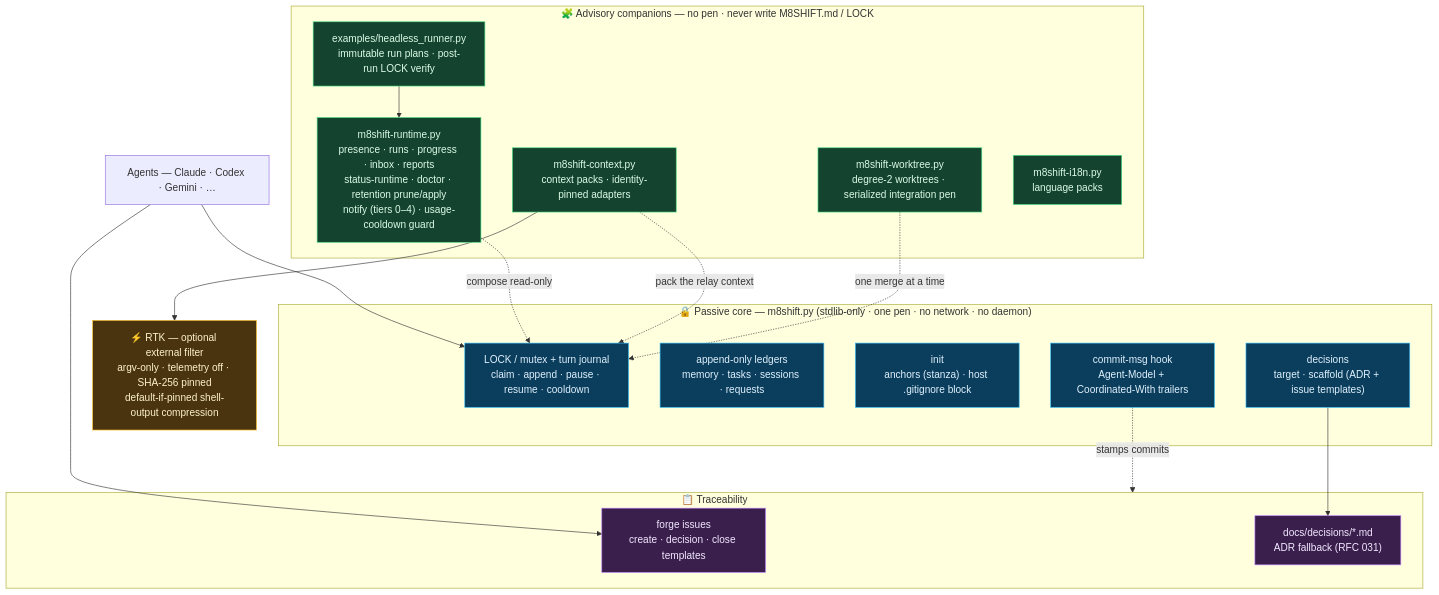
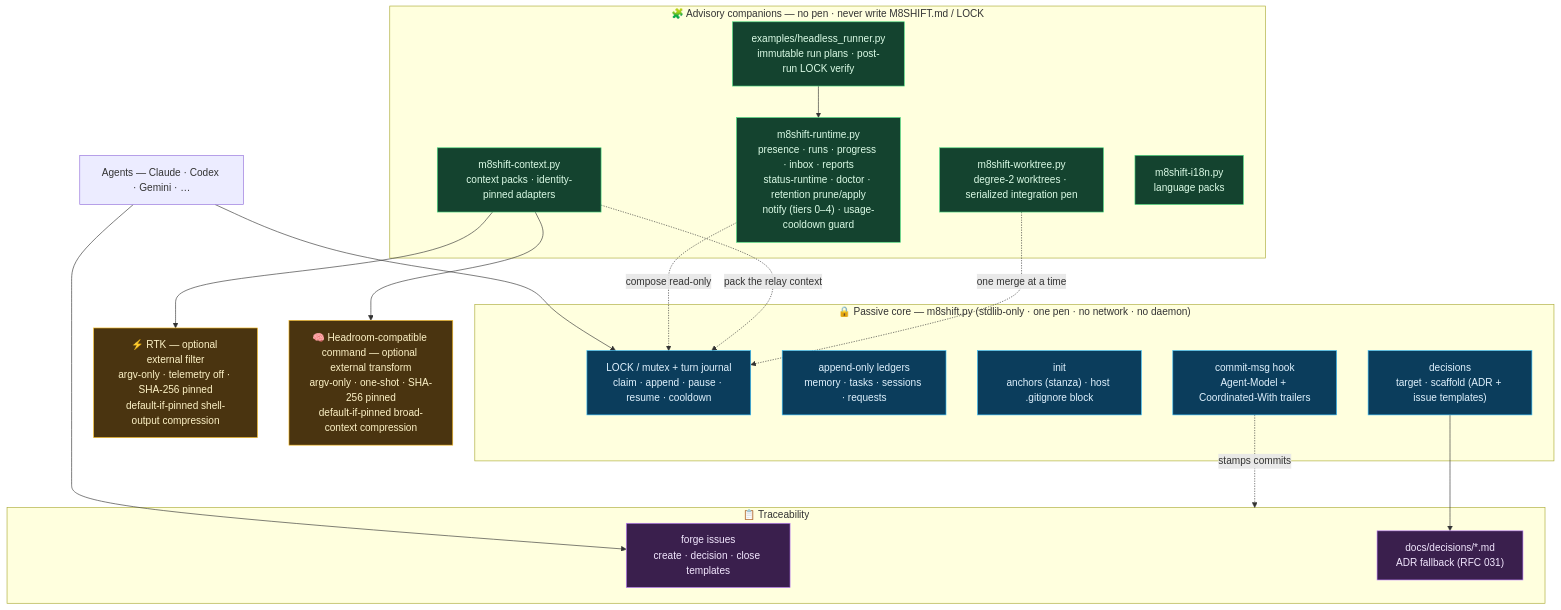
One commit to M8Shift/M8Shift changed the fifth of 6 diagrams in docs/en/architecture.md. Above: the diagram before and after it, drawn with Mermaid. The commit also changed other lines of this file and 18 other files, not shown here.

Commit message:
feat: add optional Headroom compression backend

````diff
--- a/docs/en/architecture.md
+++ b/docs/en/architecture.md
@@ -172,46 +172,48 @@
 ```mermaid
 flowchart TB
     classDef core fill:#0b3d5c,stroke:#38bdf8,color:#e0f2fe;
     classDef companion fill:#14432f,stroke:#4ade80,color:#dcfce7;
     classDef external fill:#4a3410,stroke:#fbbf24,color:#fef3c7;
     classDef forge fill:#3a1f4d,stroke:#c084fc,color:#f3e8ff;
 
     AG["Agents — Claude · Codex · Gemini · …"]
 
     subgraph CORE["🔒 Passive core — m8shift.py (stdlib-only · one pen · no network · no daemon)"]
         LOCK["LOCK / mutex + turn journal<br/>claim · append · pause · resume · cooldown"]
         LEDG["append-only ledgers<br/>memory · tasks · sessions · requests"]
         INIT["init<br/>anchors (stanza) · host .gitignore block"]
         DEC["decisions<br/>target · scaffold (ADR + issue templates)"]
         HOOK["commit-msg hook<br/>Agent-Model + Coordinated-With trailers"]
     end
     class LOCK,LEDG,INIT,DEC,HOOK core
 
     subgraph COMP["🧩 Advisory companions — no pen · never write M8SHIFT.md / LOCK"]
         RT["m8shift-runtime.py<br/>presence · runs · progress · inbox · reports<br/>status-runtime · doctor · retention prune/apply<br/>notify (tiers 0–4) · usage-cooldown guard"]
         CX["m8shift-context.py<br/>context packs · identity-pinned adapters"]
         WT["m8shift-worktree.py<br/>degree-2 worktrees · serialized integration pen"]
         I18["m8shift-i18n.py<br/>language packs"]
         HR["examples/headless_runner.py<br/>immutable run plans · post-run LOCK verify"]
     end
     class RT,CX,WT,I18,HR companion
 
     RTK["⚡ RTK — optional external filter<br/>argv-only · telemetry off · SHA-256 pinned<br/>default-if-pinned shell-output compression"]
-    class RTK external
+    HD["🧠 Headroom-compatible command — optional external transform<br/>argv-only · one-shot · SHA-256 pinned<br/>default-if-pinned broad-context compression"]
+    class RTK,HD external
 
     subgraph TRACE["📋 Traceability"]
         ISS["forge issues<br/>create · decision · close templates"]
         ADR["docs/decisions/*.md<br/>ADR fallback (RFC 031)"]
     end
     class ISS,ADR forge
 
     AG --> LOCK
     AG --> ISS
     RT -. "compose read-only" .-> LOCK
     CX -. "pack the relay context" .-> LOCK
     CX --> RTK
+    CX --> HD
     WT -. "one merge at a time" .-> LOCK
     HR --> RT
     DEC --> ADR
     HOOK -. "stamps commits" .-> TRACE
 ```
````
